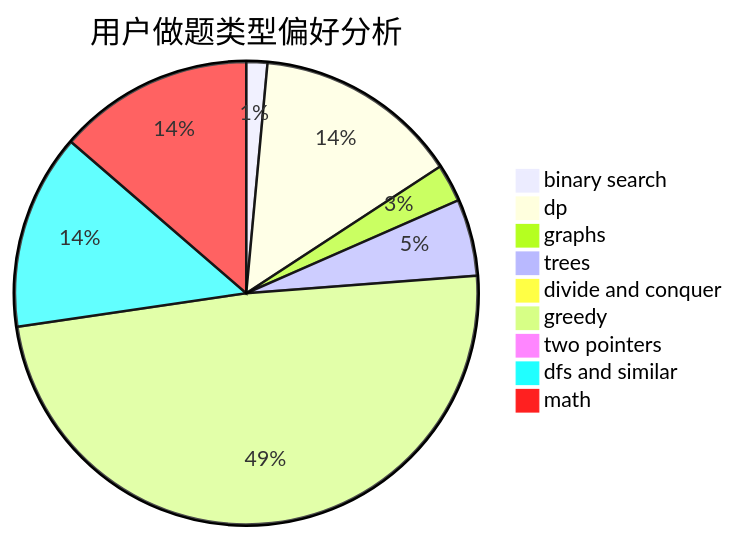
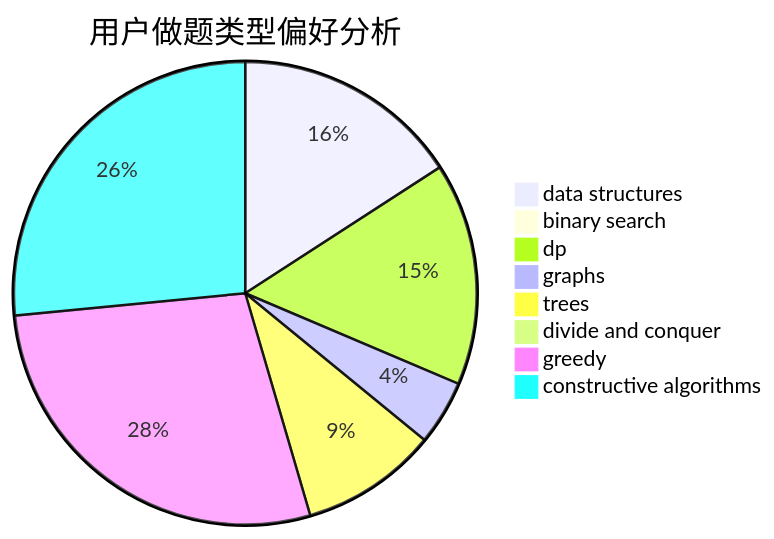
The second of 3 diagrams in docs/user/u480.md (sherpahu/cfrs.github.io), drawn with Mermaid before and after one commit. The commit also changed other lines of this file and 2775 other files, not shown here.

````diff
--- a/docs/user/u480.md
+++ b/docs/user/u480.md
@@ -23,12 +23,11 @@
 ```mermaid
 pie title 用户做题类型偏好分析
-    "binary search" :  20
-    "dp" :  195
-    "graphs" :  36
-    "trees" :  73
+    "data structures" :  98
+    "binary search" :  1
+    "dp" :  96
+    "graphs" :  28
+    "trees" :  59
     "divide and conquer" :  5
-    "greedy" :  666
-    "two pointers" :  2
-    "dfs and similar" :  186
-    "math" :  186
+    "greedy" :  173
+    "constructive algorithms" :  164
 ```
````
